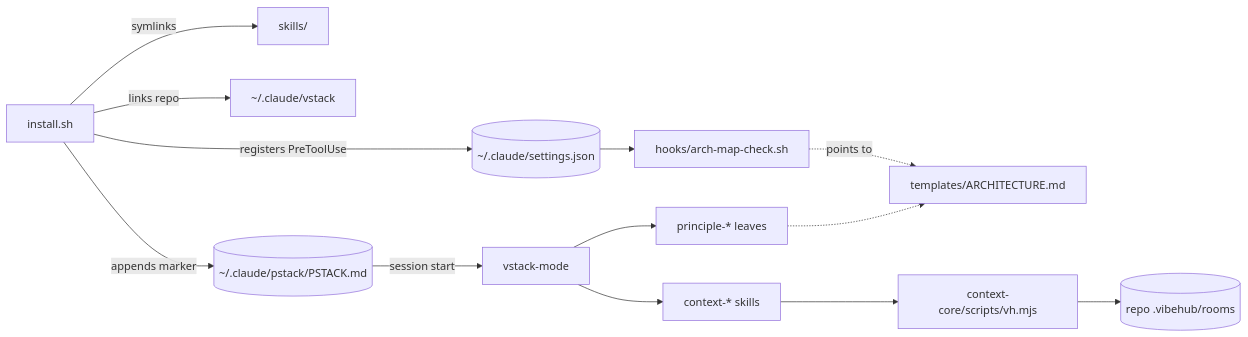
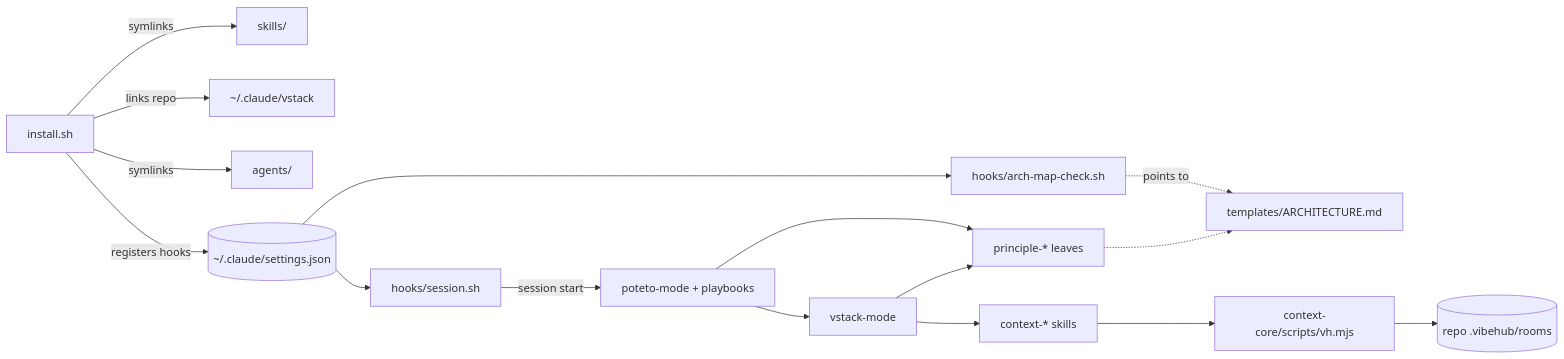
Before and after one commit to V1ctor2182/vstack: the diagram in ARCHITECTURE.md, drawn with Mermaid. The commit also changed other lines of this file and 530 other files, not shown here.

First line of the commit message:
Fork pstack into vstack (phase 1 of #21) (#22)

````diff
--- a/ARCHITECTURE.md
+++ b/ARCHITECTURE.md
@@ -11,15 +11,18 @@
 ```mermaid
 flowchart LR
   install[install.sh] -->|symlinks| skills[skills/]
   install -->|links repo| home[~/.claude/vstack]
-  install -->|appends marker| pstackmd[(~/.claude/pstack/PSTACK.md)]
-  install -->|registers PreToolUse| settings[(~/.claude/settings.json)]
-  pstackmd -->|session start| mode[vstack-mode]
-  mode --> principles[principle-* leaves]
+  install -->|symlinks| agents[agents/]
+  install -->|registers hooks| settings[(~/.claude/settings.json)]
+  settings --> session[hooks/session.sh]
+  session -->|session start| poteto[poteto-mode + playbooks]
+  poteto --> mode[vstack-mode]
+  poteto --> principles[principle-* leaves]
+  mode --> principles
   settings --> hook[hooks/arch-map-check.sh]
   hook -.->|points to| template[templates/ARCHITECTURE.md]
   principles -.-> template
   mode --> ctx[context-* skills]
   ctx --> vh[context-core/scripts/vh.mjs]
   vh --> rooms[(repo .vibehub/rooms)]
 ```
````
